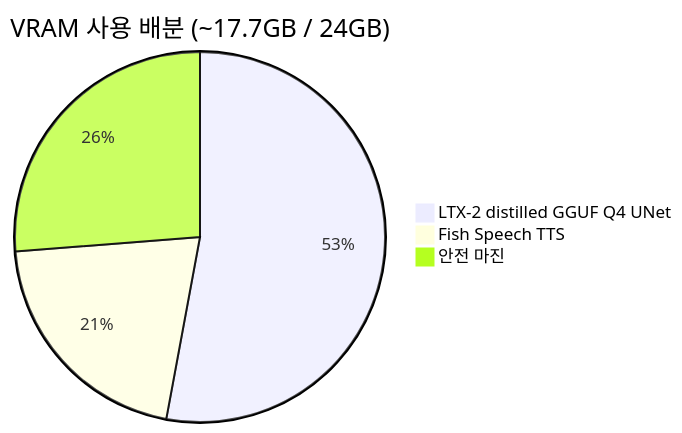
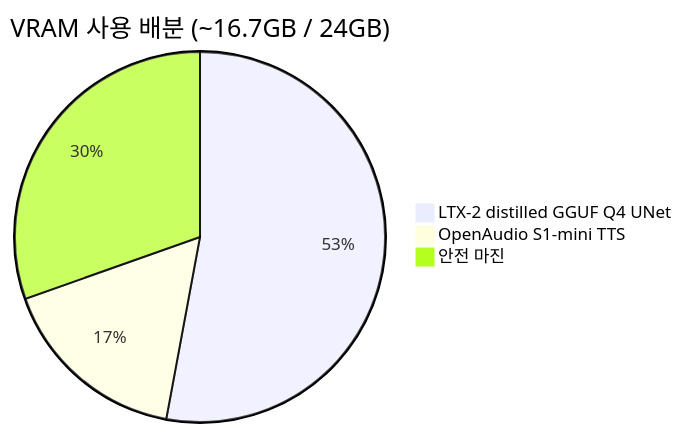
Before and after one commit to Justant-source/WaggleBot: the fourth of 4 diagrams in docs/architecture.md, drawn with Mermaid. The commit also changed other lines of this file and 27 other files, not shown here.

First line of the commit message:
feat: TTS OpenAudio S1-mini 업그레이드 + reference_id 음성 복제·감정 마커 (ADR-0005)

````diff
--- a/docs/architecture.md
+++ b/docs/architecture.md
@@ -131,6 +131,6 @@
 ```mermaid
-pie title VRAM 사용 배분 (~17.7GB / 24GB)
+pie title VRAM 사용 배분 (~16.7GB / 24GB)
     "LTX-2 distilled GGUF Q4 UNet" : 12.7
-    "Fish Speech TTS" : 5.0
-    "안전 마진" : 6.3
+    "OpenAudio S1-mini TTS" : 4.0
+    "안전 마진" : 7.3
 ```
````
